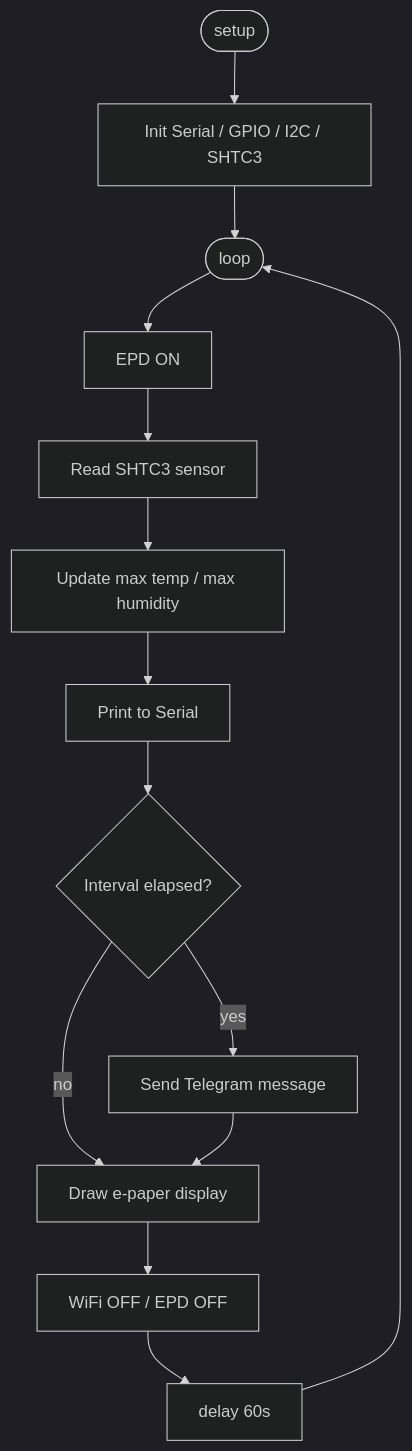
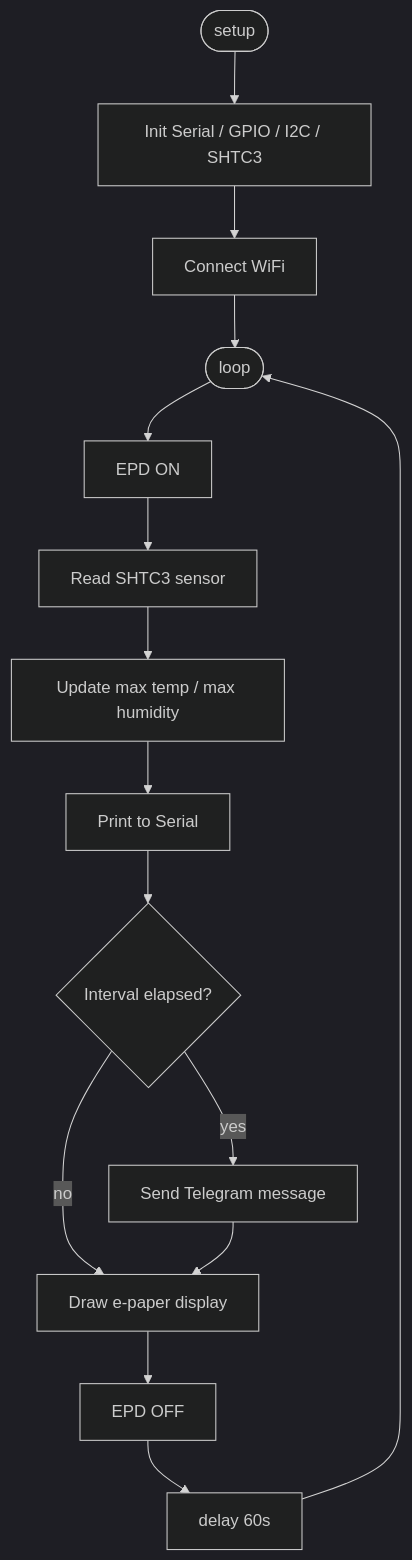
The diagram in README.md (AlessandroLorenzi/hot-dog-2), drawn with Mermaid (dark theme) before and after one commit.

Commit message:
Update README diagram: WiFi always on

````diff
--- a/README.md
+++ b/README.md
@@ -40,16 +40,17 @@
 ```mermaid
 flowchart TD
     A([setup]) --> B[Init Serial / GPIO / I2C / SHTC3]
-    B --> C([loop])
+    B --> W[Connect WiFi]
+    W --> C([loop])
     C --> D[EPD ON]
     D --> E[Read SHTC3 sensor]
     E --> F[Update max temp / max humidity]
     F --> K[Print to Serial]
     K --> L{Interval elapsed?}
     L -- no  --> N
     L -- yes --> M[Send Telegram message]
     M --> N[Draw e-paper display]
-    N --> O[WiFi OFF / EPD OFF]
+    N --> O[EPD OFF]
     O --> P[delay 60s]
     P --> C
 ```
````
